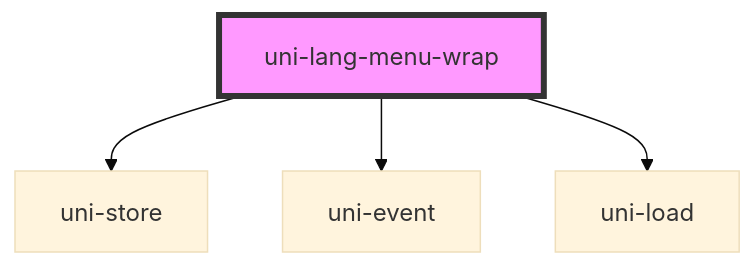
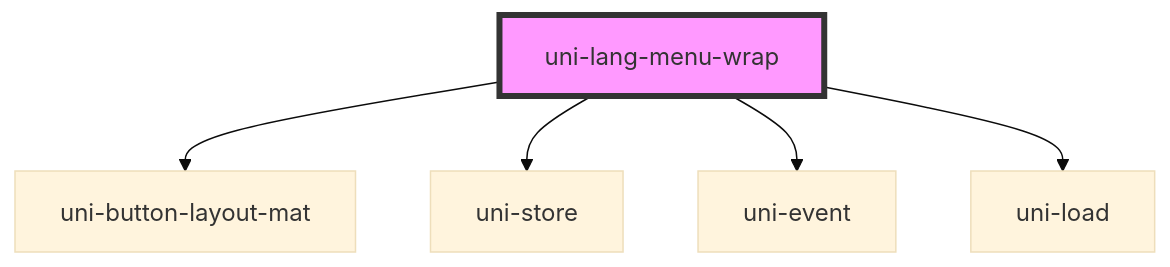
One commit to uiregex/uni-localize changed the diagram in src/lang-menu/components/wrap/readme.md. Above: the diagram before and after it, drawn with Mermaid (base theme). The commit also changed other lines of this file and 31 other files, not shown here.

````diff
--- a/src/lang-menu/components/wrap/readme.md
+++ b/src/lang-menu/components/wrap/readme.md
@@ -26,7 +28,8 @@
 ```mermaid
 graph TD;
+  uni-lang-menu-wrap --> uni-button-layout-mat
   uni-lang-menu-wrap --> uni-store
   uni-lang-menu-wrap --> uni-event
   uni-lang-menu-wrap --> uni-load
   style uni-lang-menu-wrap fill:#f9f,stroke:#333,stroke-width:4px
 ```
````
